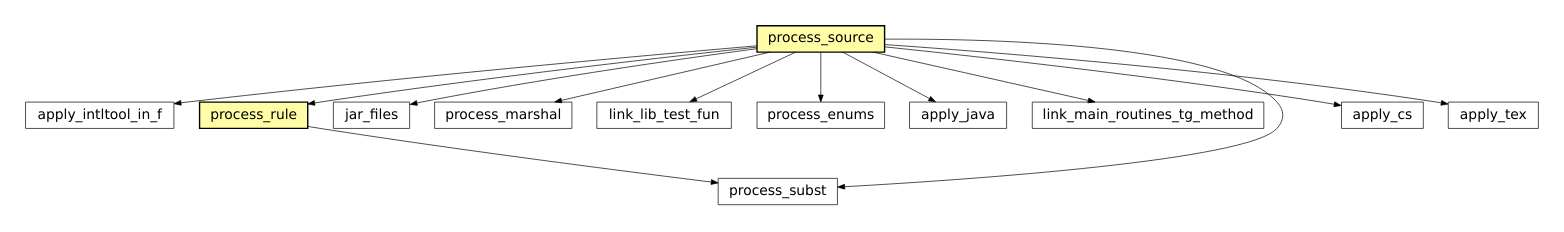
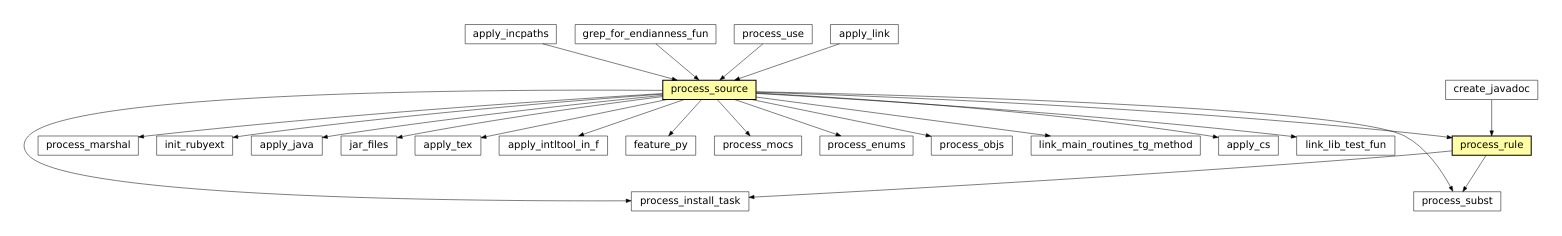
One commit to timb-machine-mirrors/gitlab-org-protocol-fuzzer-ce changed the first of 45 diagrams in build/waf/docs/sphinx/featuremap.rst. Above: the diagram before and after it, drawn with Graphviz. The commit also changed other lines of this file and 601 other files, not shown here.

```diff
--- a/build/waf/docs/sphinx/featuremap.rst
+++ b/build/waf/docs/sphinx/featuremap.rst
@@ -10,29 +10,50 @@
 .. graphviz::
 
 	digraph feature_all {
-	size="8.0, 12.0";
-		"apply_intltool_in_f" [style="setlinewidth(0.5)",URL="tools/intltool.html#waflib.Tools.intltool.apply_intltool_in_f",fontname="Vera Sans, DejaVu Sans, Liberation Sans, Arial, Helvetica, sans",height=0.25,shape=box,fontsize=10];
-	"process_source" [style="setlinewidth(0.5)",URL="TaskGen.html#waflib.TaskGen.process_source",fontname="Vera Sans, DejaVu Sans, Liberation Sans, Arial, Helvetica, sans",height=0.25,shape=box,fontsize=10,fillcolor="#fffea6",style=filled];
-	"process_rule" [style="setlinewidth(0.5)",URL="TaskGen.html#waflib.TaskGen.process_rule",fontname="Vera Sans, DejaVu Sans, Liberation Sans, Arial, Helvetica, sans",height=0.25,shape=box,fontsize=10,fillcolor="#fffea6",style=filled];
-	"jar_files" [style="setlinewidth(0.5)",URL="tools/javaw.html#waflib.Tools.javaw.jar_files",fontname="Vera Sans, DejaVu Sans, Liberation Sans, Arial, Helvetica, sans",height=0.25,shape=box,fontsize=10];
-	"process_marshal" [style="setlinewidth(0.5)",URL="tools/glib2.html#waflib.Tools.glib2.process_marshal",fontname="Vera Sans, DejaVu Sans, Liberation Sans, Arial, Helvetica, sans",height=0.25,shape=box,fontsize=10];
-	"link_lib_test_fun" [style="setlinewidth(0.5)",URL="tools/c_tests.html#waflib.Tools.c_tests.link_lib_test_fun",fontname="Vera Sans, DejaVu Sans, Liberation Sans, Arial, Helvetica, sans",height=0.25,shape=box,fontsize=10];
-	"process_enums" [style="setlinewidth(0.5)",URL="tools/glib2.html#waflib.Tools.glib2.process_enums",fontname="Vera Sans, DejaVu Sans, Liberation Sans, Arial, Helvetica, sans",height=0.25,shape=box,fontsize=10];
-	"apply_java" [style="setlinewidth(0.5)",URL="tools/javaw.html#waflib.Tools.javaw.apply_java",fontname="Vera Sans, DejaVu Sans, Liberation Sans, Arial, Helvetica, sans",height=0.25,shape=box,fontsize=10];
-	"link_main_routines_tg_method" [style="setlinewidth(0.5)",URL="tools/fc_config.html#waflib.Tools.fc_config.link_main_routines_tg_method",fontname="Vera Sans, DejaVu Sans, Liberation Sans, Arial, Helvetica, sans",height=0.25,shape=box,fontsize=10];
-	"process_subst" [style="setlinewidth(0.5)",URL="TaskGen.html#waflib.TaskGen.process_subst",fontname="Vera Sans, DejaVu Sans, Liberation Sans, Arial, Helvetica, sans",height=0.25,shape=box,fontsize=10];
-	"apply_cs" [style="setlinewidth(0.5)",URL="tools/cs.html#waflib.Tools.cs.apply_cs",fontname="Vera Sans, DejaVu Sans, Liberation Sans, Arial, Helvetica, sans",height=0.25,shape=box,fontsize=10];
-	"apply_tex" [style="setlinewidth(0.5)",URL="tools/tex.html#waflib.Tools.tex.apply_tex",fontname="Vera Sans, DejaVu Sans, Liberation Sans, Arial, Helvetica, sans",height=0.25,shape=box,fontsize=10];
-	"process_rule" -> "process_subst" [arrowsize=0.5,style="setlinewidth(0.5)"];
-	"process_source" -> "process_rule" [arrowsize=0.5,style="setlinewidth(0.5)"];
-	"process_source" -> "process_subst" [arrowsize=0.5,style="setlinewidth(0.5)"];
-	"process_source" -> "link_lib_test_fun" [arrowsize=0.5,style="setlinewidth(0.5)"];
-	"process_source" -> "link_main_routines_tg_method" [arrowsize=0.5,style="setlinewidth(0.5)"];
-	"process_source" -> "apply_tex" [arrowsize=0.5,style="setlinewidth(0.5)"];
-	"process_source" -> "apply_java" [arrowsize=0.5,style="setlinewidth(0.5)"];
-	"process_source" -> "jar_files" [arrowsize=0.5,style="setlinewidth(0.5)"];
-	"process_source" -> "process_marshal" [arrowsize=0.5,style="setlinewidth(0.5)"];
-	"process_source" -> "process_enums" [arrowsize=0.5,style="setlinewidth(0.5)"];
-	"process_source" -> "apply_cs" [arrowsize=0.5,style="setlinewidth(0.5)"];
-	"process_source" -> "apply_intltool_in_f" [arrowsize=0.5,style="setlinewidth(0.5)"];
+		size="8.0, 12.0";
+		"apply_incpaths" [style="setlinewidth(0.5)",URL="../tools/ccroot.html#waflib.Tools.ccroot.apply_incpaths",target="_top",fontname="Vera Sans, DejaVu Sans, Liberation Sans, Arial, Helvetica, sans",height=0.25,shape="rectangle",fontsize=10];
+		"grep_for_endianness_fun" [style="setlinewidth(0.5)",URL="../tools/c_tests.html#waflib.Tools.c_tests.grep_for_endianness_fun",target="_top",fontname="Vera Sans, DejaVu Sans, Liberation Sans, Arial, Helvetica, sans",height=0.25,shape="rectangle",fontsize=10];
+		"link_lib_test_fun" [style="setlinewidth(0.5)",URL="../tools/c_tests.html#waflib.Tools.c_tests.link_lib_test_fun",target="_top",fontname="Vera Sans, DejaVu Sans, Liberation Sans, Arial, Helvetica, sans",height=0.25,shape="rectangle",fontsize=10];
+		"process_install_task" [style="setlinewidth(0.5)",URL="../Build.html#waflib.Build.process_install_task",target="_top",fontname="Vera Sans, DejaVu Sans, Liberation Sans, Arial, Helvetica, sans",height=0.25,shape="rectangle",fontsize=10];
+		"process_use" [style="setlinewidth(0.5)",URL="../tools/ccroot.html#waflib.Tools.ccroot.process_use",target="_top",fontname="Vera Sans, DejaVu Sans, Liberation Sans, Arial, Helvetica, sans",height=0.25,shape="rectangle",fontsize=10];
+		"create_javadoc" [style="setlinewidth(0.5)",URL="../tools/javaw.html#waflib.Tools.javaw.create_javadoc",target="_top",fontname="Vera Sans, DejaVu Sans, Liberation Sans, Arial, Helvetica, sans",height=0.25,shape="rectangle",fontsize=10];
+		"process_subst" [style="setlinewidth(0.5)",URL="../TaskGen.html#waflib.TaskGen.process_subst",target="_top",fontname="Vera Sans, DejaVu Sans, Liberation Sans, Arial, Helvetica, sans",height=0.25,shape="rectangle",fontsize=10];
+		"apply_link" [style="setlinewidth(0.5)",URL="../tools/ccroot.html#waflib.Tools.ccroot.apply_link",target="_top",fontname="Vera Sans, DejaVu Sans, Liberation Sans, Arial, Helvetica, sans",height=0.25,shape="rectangle",fontsize=10];
+		"process_marshal" [style="setlinewidth(0.5)",URL="../tools/glib2.html#waflib.Tools.glib2.process_marshal",target="_top",fontname="Vera Sans, DejaVu Sans, Liberation Sans, Arial, Helvetica, sans",height=0.25,shape="rectangle",fontsize=10];
+		"init_rubyext" [style="setlinewidth(0.5)",URL="../tools/ruby.html#waflib.Tools.ruby.init_rubyext",target="_top",fontname="Vera Sans, DejaVu Sans, Liberation Sans, Arial, Helvetica, sans",height=0.25,shape="rectangle",fontsize=10];
+		"apply_java" [style="setlinewidth(0.5)",URL="../tools/javaw.html#waflib.Tools.javaw.apply_java",target="_top",fontname="Vera Sans, DejaVu Sans, Liberation Sans, Arial, Helvetica, sans",height=0.25,shape="rectangle",fontsize=10];
+		"jar_files" [style="setlinewidth(0.5)",URL="../tools/javaw.html#waflib.Tools.javaw.jar_files",target="_top",fontname="Vera Sans, DejaVu Sans, Liberation Sans, Arial, Helvetica, sans",height=0.25,shape="rectangle",fontsize=10];
+		"apply_tex" [style="setlinewidth(0.5)",URL="../tools/tex.html#waflib.Tools.tex.apply_tex",target="_top",fontname="Vera Sans, DejaVu Sans, Liberation Sans, Arial, Helvetica, sans",height=0.25,shape="rectangle",fontsize=10];
+		"apply_intltool_in_f" [style="setlinewidth(0.5)",URL="../tools/intltool.html#waflib.Tools.intltool.apply_intltool_in_f",target="_top",fontname="Vera Sans, DejaVu Sans, Liberation Sans, Arial, Helvetica, sans",height=0.25,shape="rectangle",fontsize=10];
+		"process_source" [style="setlinewidth(0.5)",URL="../TaskGen.html#waflib.TaskGen.process_source",target="_top",fontname="Vera Sans, DejaVu Sans, Liberation Sans, Arial, Helvetica, sans",height=0.25,shape="rectangle",fontsize=10,fillcolor="#fffea6",style=filled];
+		"feature_py" [style="setlinewidth(0.5)",URL="../tools/python.html#waflib.Tools.python.feature_py",target="_top",fontname="Vera Sans, DejaVu Sans, Liberation Sans, Arial, Helvetica, sans",height=0.25,shape="rectangle",fontsize=10];
+		"process_mocs" [style="setlinewidth(0.5)",URL="../tools/qt5.html#waflib.Tools.qt5.process_mocs",target="_top",fontname="Vera Sans, DejaVu Sans, Liberation Sans, Arial, Helvetica, sans",height=0.25,shape="rectangle",fontsize=10];
+		"process_rule" [style="setlinewidth(0.5)",URL="../TaskGen.html#waflib.TaskGen.process_rule",target="_top",fontname="Vera Sans, DejaVu Sans, Liberation Sans, Arial, Helvetica, sans",height=0.25,shape="rectangle",fontsize=10,fillcolor="#fffea6",style=filled];
+		"process_enums" [style="setlinewidth(0.5)",URL="../tools/glib2.html#waflib.Tools.glib2.process_enums",target="_top",fontname="Vera Sans, DejaVu Sans, Liberation Sans, Arial, Helvetica, sans",height=0.25,shape="rectangle",fontsize=10];
+		"process_objs" [style="setlinewidth(0.5)",URL="../tools/ccroot.html#waflib.Tools.ccroot.process_objs",target="_top",fontname="Vera Sans, DejaVu Sans, Liberation Sans, Arial, Helvetica, sans",height=0.25,shape="rectangle",fontsize=10];
+		"link_main_routines_tg_method" [style="setlinewidth(0.5)",URL="../tools/fc_config.html#waflib.Tools.fc_config.link_main_routines_tg_method",target="_top",fontname="Vera Sans, DejaVu Sans, Liberation Sans, Arial, Helvetica, sans",height=0.25,shape="rectangle",fontsize=10];
+		"apply_cs" [style="setlinewidth(0.5)",URL="../tools/cs.html#waflib.Tools.cs.apply_cs",target="_top",fontname="Vera Sans, DejaVu Sans, Liberation Sans, Arial, Helvetica, sans",height=0.25,shape="rectangle",fontsize=10];
+		"apply_incpaths" -> "process_source" [arrowsize=0.5,style="setlinewidth(0.5)"];
+		"process_use" -> "process_source" [arrowsize=0.5,style="setlinewidth(0.5)"];
+		"create_javadoc" -> "process_rule" [arrowsize=0.5,style="setlinewidth(0.5)"];
+		"process_source" -> "process_rule" [arrowsize=0.5,style="setlinewidth(0.5)"];
+		"process_source" -> "process_subst" [arrowsize=0.5,style="setlinewidth(0.5)"];
+		"process_source" -> "process_install_task" [arrowsize=0.5,style="setlinewidth(0.5)"];
+		"process_source" -> "link_lib_test_fun" [arrowsize=0.5,style="setlinewidth(0.5)"];
+		"process_source" -> "process_objs" [arrowsize=0.5,style="setlinewidth(0.5)"];
+		"process_source" -> "link_main_routines_tg_method" [arrowsize=0.5,style="setlinewidth(0.5)"];
+		"process_source" -> "apply_tex" [arrowsize=0.5,style="setlinewidth(0.5)"];
+		"process_source" -> "apply_java" [arrowsize=0.5,style="setlinewidth(0.5)"];
+		"process_source" -> "jar_files" [arrowsize=0.5,style="setlinewidth(0.5)"];
+		"process_source" -> "init_rubyext" [arrowsize=0.5,style="setlinewidth(0.5)"];
+		"process_source" -> "process_marshal" [arrowsize=0.5,style="setlinewidth(0.5)"];
+		"process_source" -> "process_enums" [arrowsize=0.5,style="setlinewidth(0.5)"];
+		"process_source" -> "process_mocs" [arrowsize=0.5,style="setlinewidth(0.5)"];
+		"process_source" -> "feature_py" [arrowsize=0.5,style="setlinewidth(0.5)"];
+		"process_source" -> "apply_intltool_in_f" [arrowsize=0.5,style="setlinewidth(0.5)"];
+		"process_source" -> "apply_cs" [arrowsize=0.5,style="setlinewidth(0.5)"];
+		"apply_link" -> "process_source" [arrowsize=0.5,style="setlinewidth(0.5)"];
+		"grep_for_endianness_fun" -> "process_source" [arrowsize=0.5,style="setlinewidth(0.5)"];
+		"process_rule" -> "process_subst" [arrowsize=0.5,style="setlinewidth(0.5)"];
+		"process_rule" -> "process_install_task" [arrowsize=0.5,style="setlinewidth(0.5)"];
 	}
```
